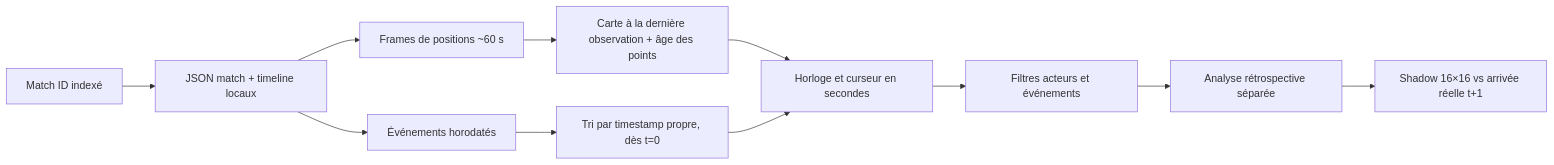
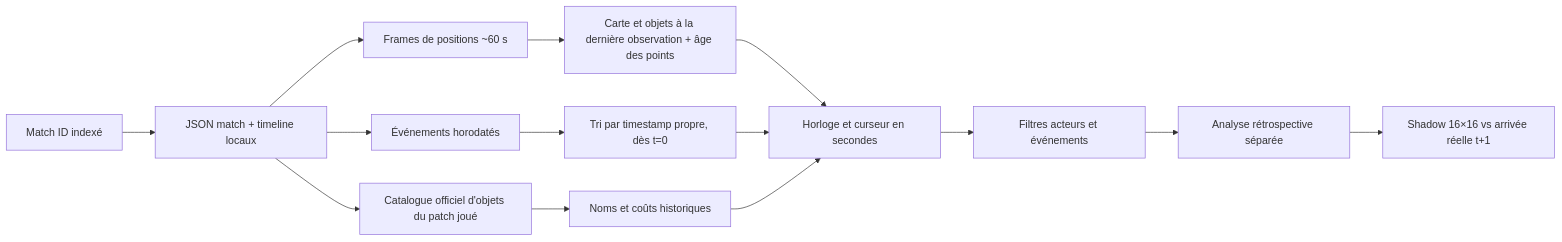
The diagram in REPLAY.md (nabz0r/shadowfaker), drawn with Mermaid before and after one commit. The commit also changed other lines of this file and 12 other files, not shown here.

````diff
--- a/REPLAY.md
+++ b/REPLAY.md
@@ -11,13 +11,16 @@
 ```mermaid
 flowchart LR
     A[Match ID indexé] --> B[JSON match + timeline locaux]
     B --> C[Frames de positions ~60 s]
     B --> D[Événements horodatés]
-    C --> E[Carte à la dernière observation + âge des points]
+    C --> E[Carte et objets à la dernière observation + âge des points]
     D --> F[Tri par timestamp propre, dès t=0]
+    B --> K[Catalogue officiel d'objets du patch joué]
+    K --> L[Noms et coûts historiques]
     E --> G[Horloge et curseur en secondes]
     F --> G
+    L --> G
     G --> H[Filtres acteurs et événements]
     H --> I[Analyse rétrospective séparée]
     I --> J[Shadow 16×16 vs arrivée réelle t+1]
 ```
````
